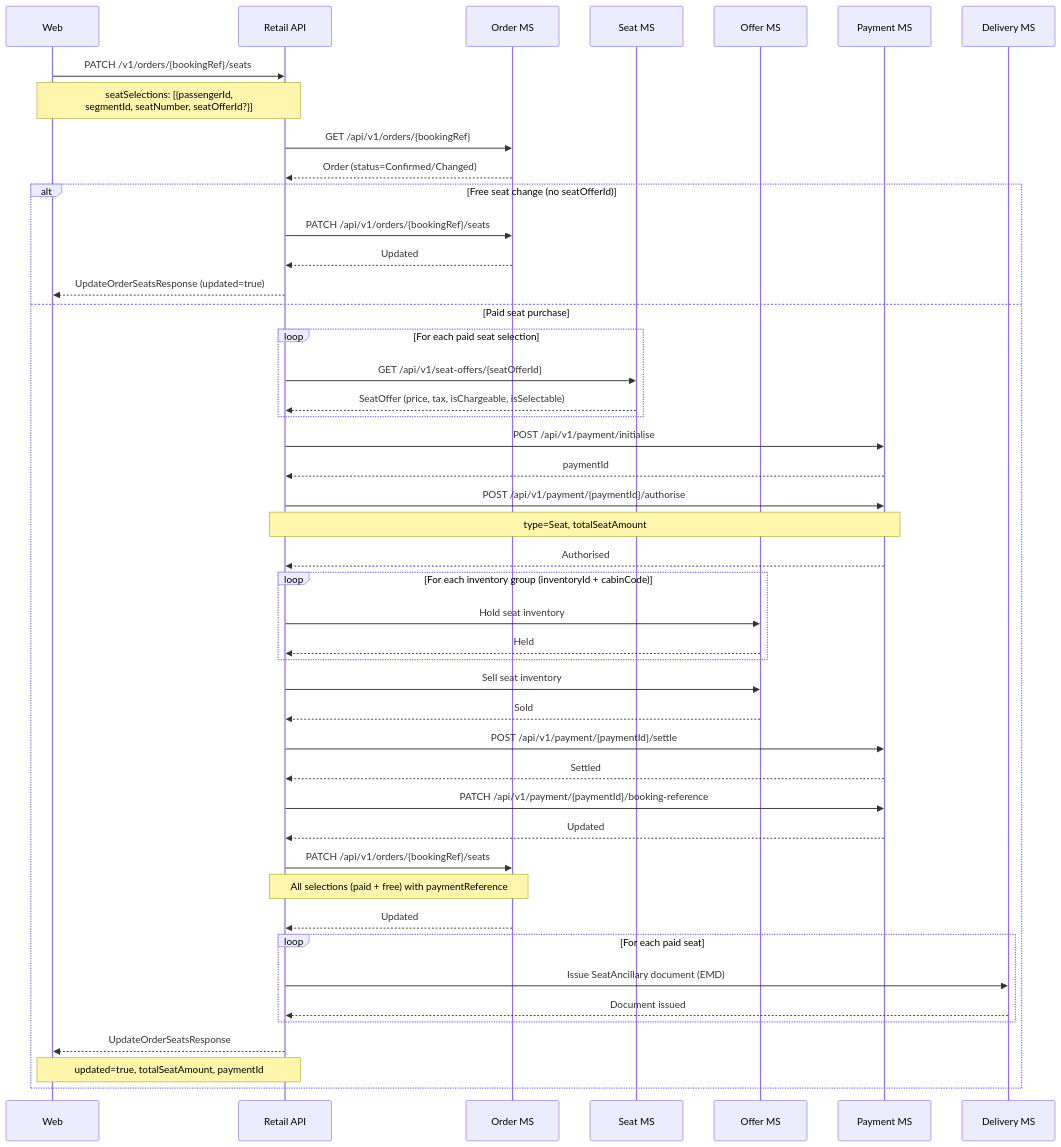
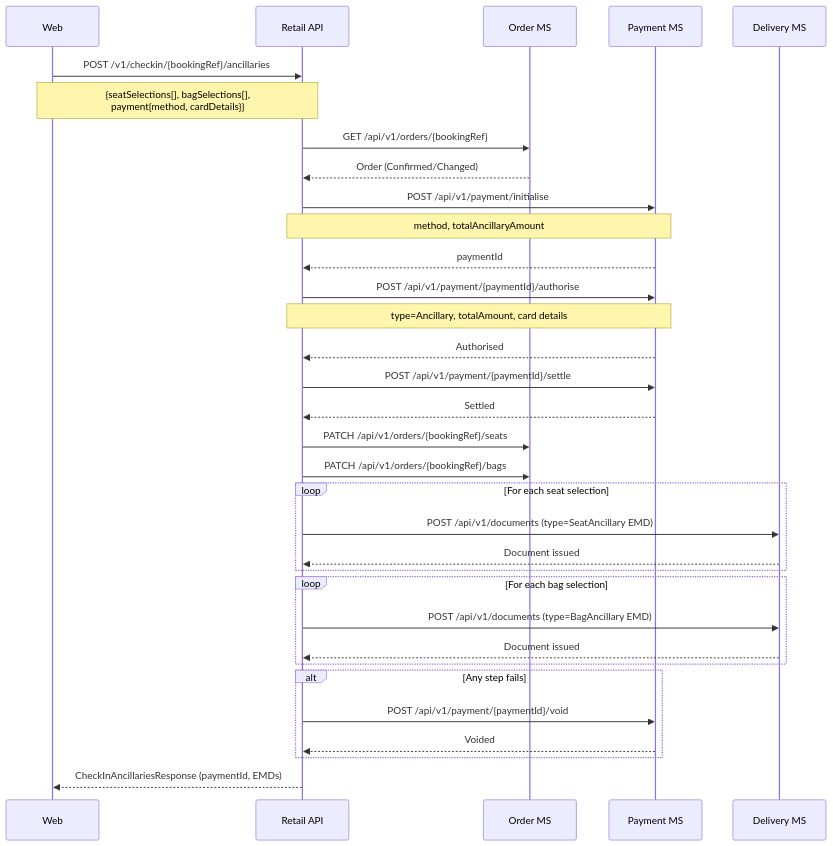
One commit to sebharvey/airline-reservation-system changed the fifth of 9 diagrams in documentation/sequences/manage-booking.md. Above: the diagram before and after it, drawn with Mermaid. The commit also changed other lines of this file and 11 other files, not shown here.

````diff
--- a/documentation/sequences/manage-booking.md
+++ b/documentation/sequences/manage-booking.md
@@ -153,60 +197,45 @@
 ```mermaid
 sequenceDiagram
     participant Web
     participant RetailAPI as Retail API
     participant OrderMS as Order MS
-    participant SeatMS as Seat MS
-    participant OfferMS as Offer MS
     participant PaymentMS as Payment MS
     participant DeliveryMS as Delivery MS
 
-    Web->>RetailAPI: PATCH /v1/orders/{bookingRef}/seats
-    Note over Web,RetailAPI: seatSelections: [{passengerId,<br/>segmentId, seatNumber, seatOfferId?}]
+    Web->>RetailAPI: POST /v1/checkin/{bookingRef}/ancillaries
+    Note over Web,RetailAPI: {seatSelections[], bagSelections[],<br/>payment{method, cardDetails}}
 
     RetailAPI->>OrderMS: GET /api/v1/orders/{bookingRef}
-    OrderMS-->>RetailAPI: Order (status=Confirmed/Changed)
+    OrderMS-->>RetailAPI: Order (Confirmed/Changed)
 
-    alt Free seat change (no seatOfferId)
-        RetailAPI->>OrderMS: PATCH /api/v1/orders/{bookingRef}/seats
-        OrderMS-->>RetailAPI: Updated
-        RetailAPI-->>Web: UpdateOrderSeatsResponse (updated=true)
+    RetailAPI->>PaymentMS: POST /api/v1/payment/initialise
+    Note over RetailAPI,PaymentMS: method, totalAncillaryAmount
+    PaymentMS-->>RetailAPI: paymentId
 
-    else Paid seat purchase
-        loop For each paid seat selection
-            RetailAPI->>SeatMS: GET /api/v1/seat-offers/{seatOfferId}
-            SeatMS-->>RetailAPI: SeatOffer (price, tax, isChargeable, isSelectable)
-        end
+    RetailAPI->>PaymentMS: POST /api/v1/payment/{paymentId}/authorise
+    Note over RetailAPI,PaymentMS: type=Ancillary, totalAmount, card details
+    PaymentMS-->>RetailAPI: Authorised
 
-        RetailAPI->>PaymentMS: POST /api/v1/payment/initialise
-        PaymentMS-->>RetailAPI: paymentId
+    RetailAPI->>PaymentMS: POST /api/v1/payment/{paymentId}/settle
+    PaymentMS-->>RetailAPI: Settled
 
-        RetailAPI->>PaymentMS: POST /api/v1/payment/{paymentId}/authorise
-        Note over RetailAPI,PaymentMS: type=Seat, totalSeatAmount
-        PaymentMS-->>RetailAPI: Authorised
+    RetailAPI->>OrderMS: PATCH /api/v1/orders/{bookingRef}/seats
+    RetailAPI->>OrderMS: PATCH /api/v1/orders/{bookingRef}/bags
 
-        loop For each inventory group (inventoryId + cabinCode)
-            RetailAPI->>OfferMS: Hold seat inventory
-            OfferMS-->>RetailAPI: Held
-        end
-        RetailAPI->>OfferMS: Sell seat inventory
-        OfferMS-->>RetailAPI: Sold
+    loop For each seat selection
+        RetailAPI->>DeliveryMS: POST /api/v1/documents (type=SeatAncillary EMD)
+        DeliveryMS-->>RetailAPI: Document issued
+    end
 
-        RetailAPI->>PaymentMS: POST /api/v1/payment/{paymentId}/settle
-        PaymentMS-->>RetailAPI: Settled
+    loop For each bag selection
+        RetailAPI->>DeliveryMS: POST /api/v1/documents (type=BagAncillary EMD)
+        DeliveryMS-->>RetailAPI: Document issued
+    end
 
-        RetailAPI->>PaymentMS: PATCH /api/v1/payment/{paymentId}/booking-reference
-        PaymentMS-->>RetailAPI: Updated
+    alt Any step fails
+        RetailAPI->>PaymentMS: POST /api/v1/payment/{paymentId}/void
+        PaymentMS-->>RetailAPI: Voided
+    end
 
-        RetailAPI->>OrderMS: PATCH /api/v1/orders/{bookingRef}/seats
-        Note over RetailAPI,OrderMS: All selections (paid + free) with paymentReference
-        OrderMS-->>RetailAPI: Updated
-
-        loop For each paid seat
-            RetailAPI->>DeliveryMS: Issue SeatAncillary document (EMD)
-            DeliveryMS-->>RetailAPI: Document issued
-        end
-
-        RetailAPI-->>Web: UpdateOrderSeatsResponse
-        Note over RetailAPI,Web: updated=true, totalSeatAmount, paymentId
-    end
+    RetailAPI-->>Web: CheckInAncillariesResponse (paymentId, EMDs)
 ```
````
